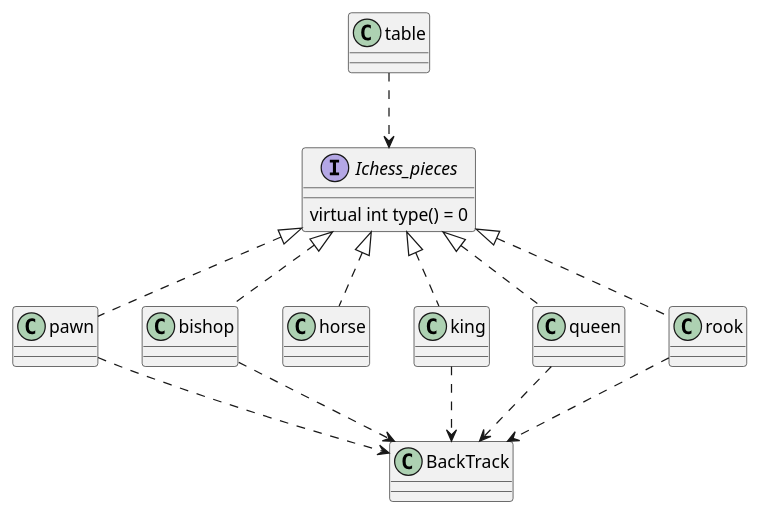
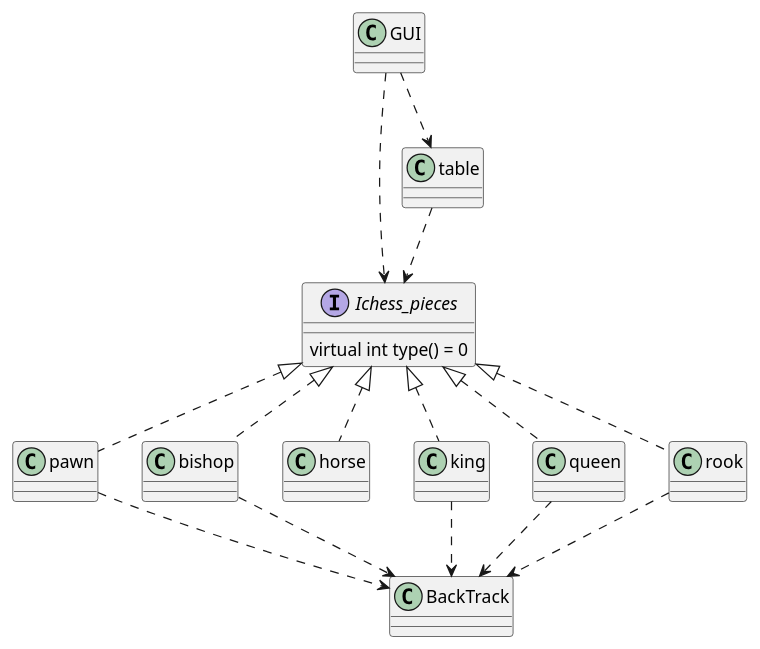
The diagram in ChessGame.puml (vantunes-crl/ChessGame), drawn with PlantUML before and after one commit. The commit also changed 18 other files, not shown here.

```diff
--- a/ChessGame.puml
+++ b/ChessGame.puml
@@ -1,33 +1,38 @@
 @startuml ChessGame
 
 interface  Ichess_pieces
 {
     virtual int type() = 0
 }
 
 class table
 class pawn
 class bishop
 class horse
 class king
 class queen
 class rook
 
 Ichess_pieces <|.. pawn
 Ichess_pieces <|.. bishop
 Ichess_pieces <|.. horse
 Ichess_pieces <|.. king
 Ichess_pieces <|.. queen
 Ichess_pieces <|.. rook
 
 table ..> Ichess_pieces
 
 class BackTrack
 rook ..> BackTrack
 pawn ..> BackTrack
 queen ..> BackTrack
 king ..> BackTrack
 bishop ..> BackTrack
 
+class GUI
+GUI ..> Ichess_pieces
+GUI ..> table
+
+
 
 @enduml
```
